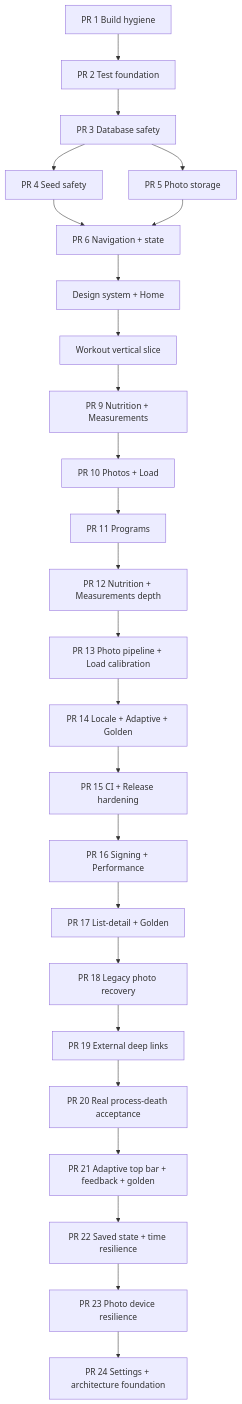
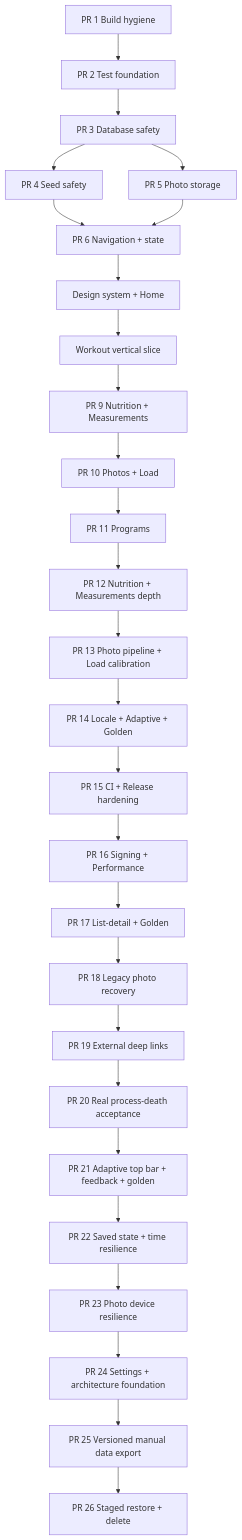
The diagram in docs/obsidian/roadmap/ROADMAP_EXECUTION_GRAPH.md (MehmetKucukOfficial/GymTracker), drawn with Mermaid before and after one commit. The commit also changed other lines of this file and 12 other files, not shown here.

Commit message:
docs: map versioned data export architecture

````diff
--- a/docs/obsidian/roadmap/ROADMAP_EXECUTION_GRAPH.md
+++ b/docs/obsidian/roadmap/ROADMAP_EXECUTION_GRAPH.md
@@ -14,27 +14,29 @@
 ```mermaid
 flowchart TD
     PR1[PR 1 Build hygiene] --> PR2[PR 2 Test foundation]
     PR2 --> PR3[PR 3 Database safety]
     PR3 --> PR4[PR 4 Seed safety]
     PR3 --> PR5[PR 5 Photo storage]
     PR4 --> PR6[PR 6 Navigation + state]
     PR5 --> PR6
     PR6 --> UI[Design system + Home]
     UI --> WO[Workout vertical slice]
     WO --> N[PR 9 Nutrition + Measurements]
     N --> P[PR 10 Photos + Load]
     P --> PG[PR 11 Programs]
     PG --> ND[PR 12 Nutrition + Measurements depth]
     ND --> PC[PR 13 Photo pipeline + Load calibration]
     PC --> AL[PR 14 Locale + Adaptive + Golden]
     AL --> B[PR 15 CI + Release hardening]
     B --> RP[PR 16 Signing + Performance]
     RP --> LG[PR 17 List-detail + Golden]
     LG --> LR[PR 18 Legacy photo recovery]
     LR --> DL[PR 19 External deep links]
     DL --> PD[PR 20 Real process-death acceptance]
     PD --> AF[PR 21 Adaptive top bar + feedback + golden]
     AF --> ST[PR 22 Saved state + time resilience]
     ST --> PH[PR 23 Photo device resilience]
     PH --> SD[PR 24 Settings + architecture foundation]
+    SD --> DE[PR 25 Versioned manual data export]
+    DE --> DR[PR 26 Staged restore + delete]
 ```
````
